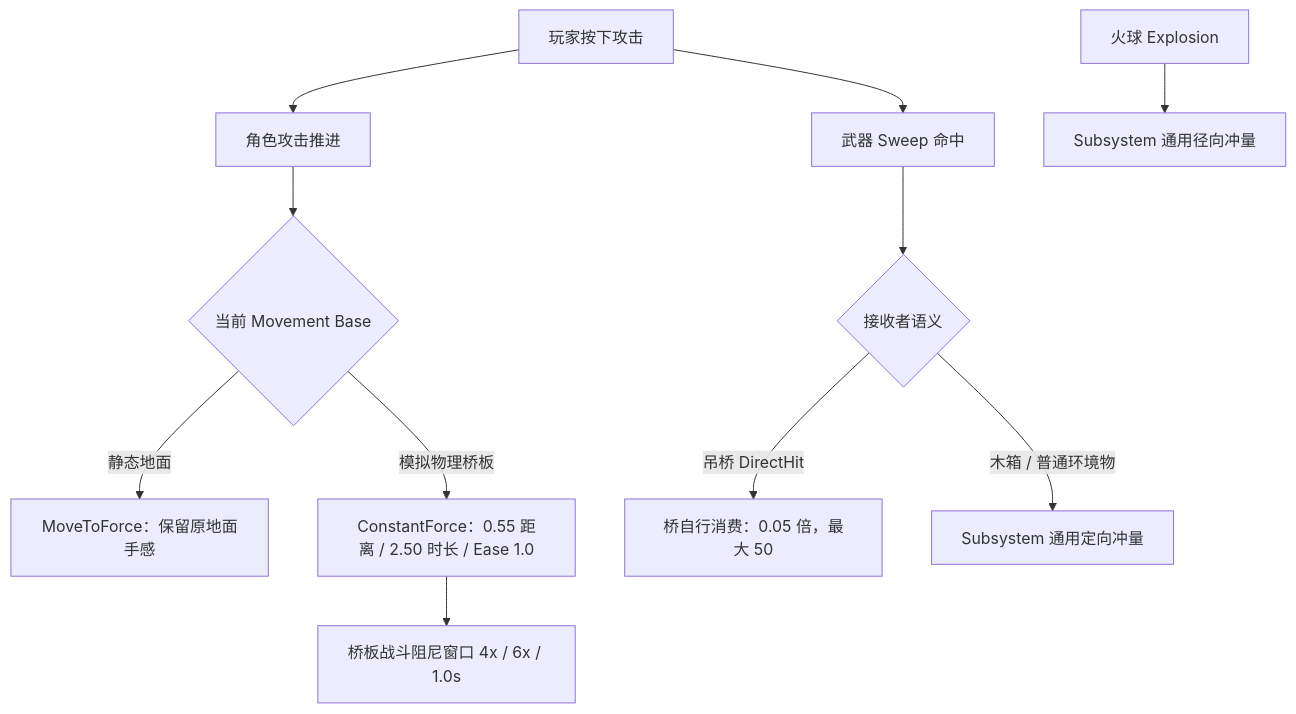
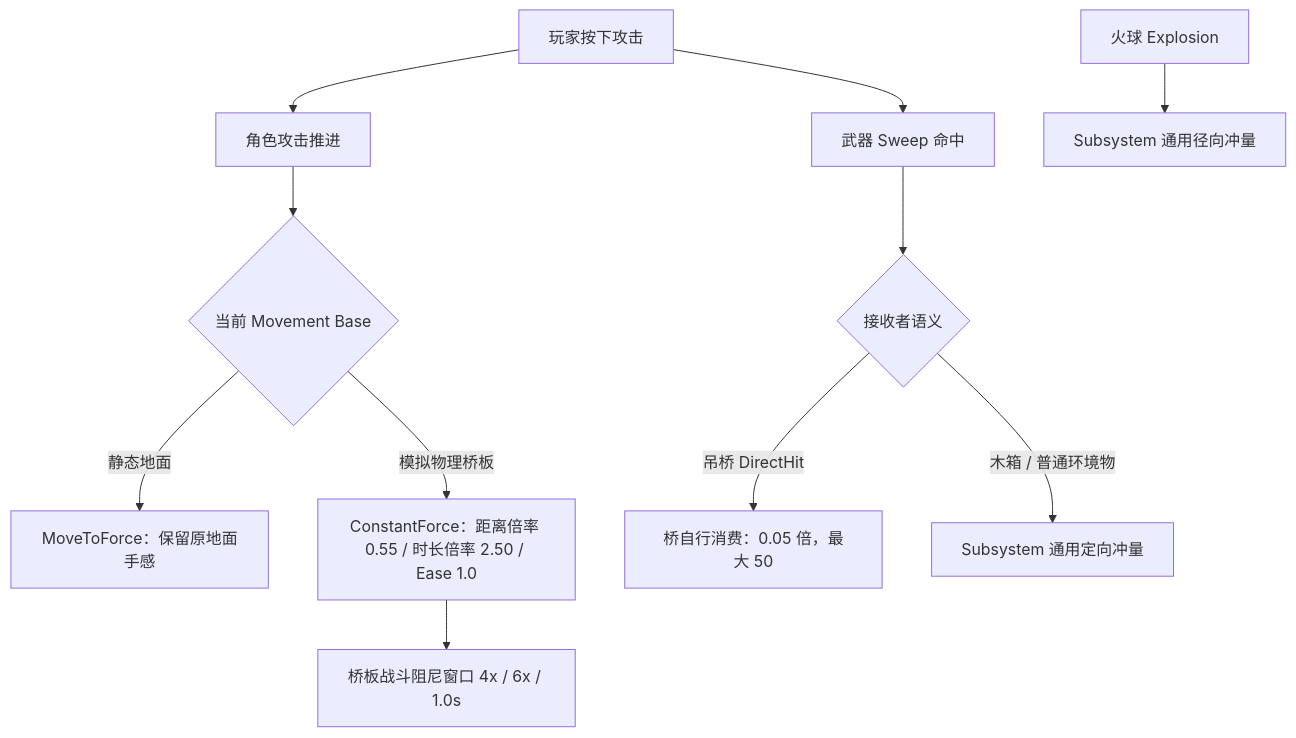
The diagram in Docs/物理吊桥系统说明.md (GoodNatGod/UE5-Physics-Interaction-Demo), drawn with Mermaid before and after one commit. The commit also changed other lines of this file and 39 other files, not shown here.

````diff
--- a/Docs/物理吊桥系统说明.md
+++ b/Docs/物理吊桥系统说明.md
@@ -161,13 +163,13 @@
 ```mermaid
 flowchart TD
     A["玩家按下攻击"] --> B["角色攻击推进"]
     A --> C["武器 Sweep 命中"]
     B --> D{"当前 Movement Base"}
     D -->|"静态地面"| E["MoveToForce：保留原地面手感"]
-    D -->|"模拟物理桥板"| F["ConstantForce：0.55 距离 / 2.50 时长 / Ease 1.0"]
+    D -->|"模拟物理桥板"| F["ConstantForce：距离倍率 0.55 / 时长倍率 2.50 / Ease 1.0"]
     F --> G["桥板战斗阻尼窗口 4x / 6x / 1.0s"]
     C --> H{"接收者语义"}
     H -->|"吊桥 DirectHit"| I["桥自行消费：0.05 倍，最大 50"]
     H -->|"木箱 / 普通环境物"| J["Subsystem 通用定向冲量"]
     K["火球 Explosion"] --> L["Subsystem 通用径向冲量"]
 ```
````
